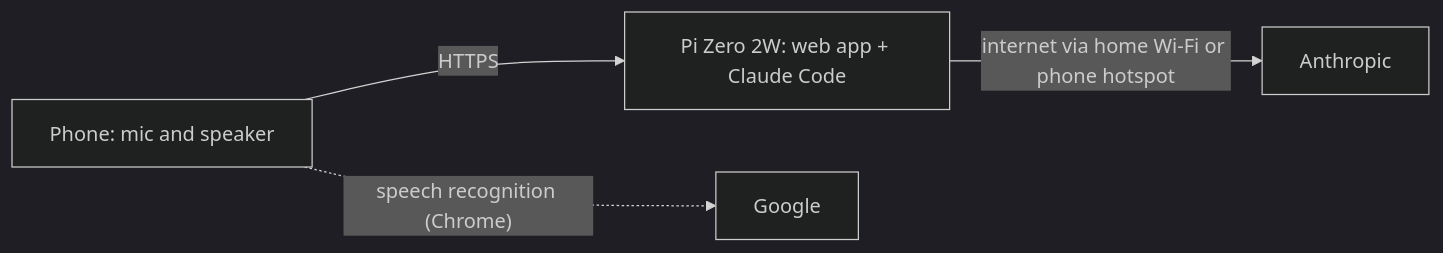
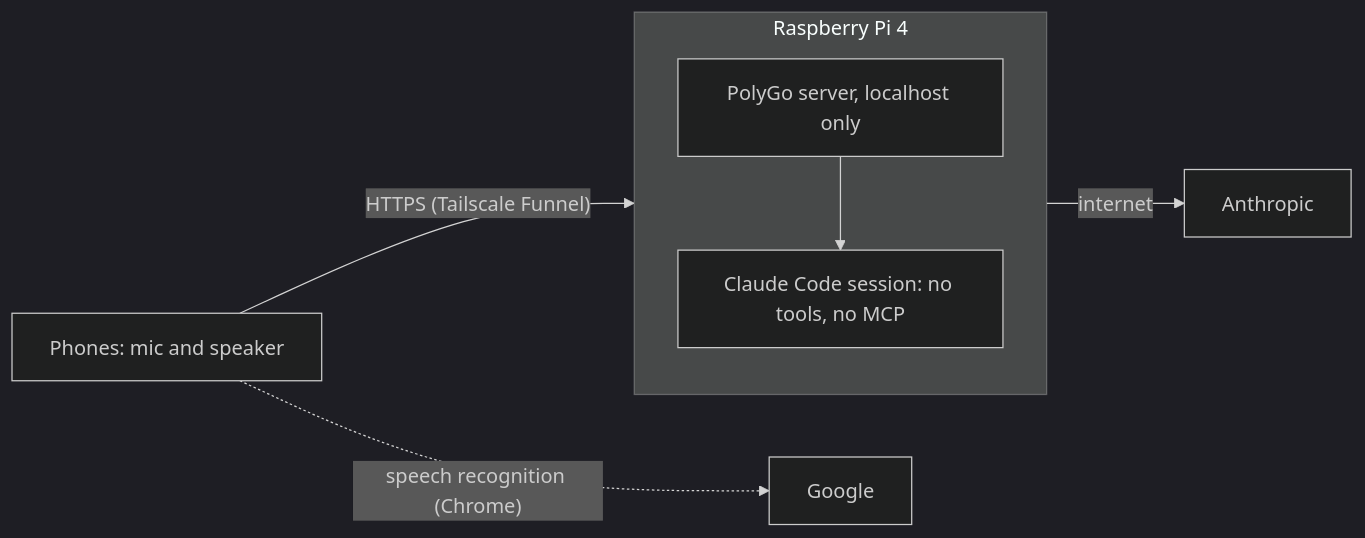
Before and after one commit to bathonSpidey/PolyGo: the second of 3 diagrams in README.md, drawn with Mermaid (dark theme). The commit also changed other lines of this file, not shown here.

First line of the commit message:
README: current state, diagrams, security table and roadmap

````diff
--- a/README.md
+++ b/README.md
@@ -31,6 +24,10 @@
 ```mermaid
 flowchart LR
-    P["Phone: mic and speaker"] -->|HTTPS| B["Pi Zero 2W: web app + Claude Code"]
-    B -->|"internet via home Wi-Fi or phone hotspot"| A[Anthropic]
+    P["Phones: mic and speaker"] -->|"HTTPS (Tailscale Funnel)"| W
+    subgraph PI["Raspberry Pi 4"]
+      direction TB
+      W["PolyGo server, localhost only"] --> C["Claude Code session: no tools, no MCP"]
+    end
+    C -->|internet| A[Anthropic]
     P -.->|"speech recognition (Chrome)"| G[Google]
 ```
````
